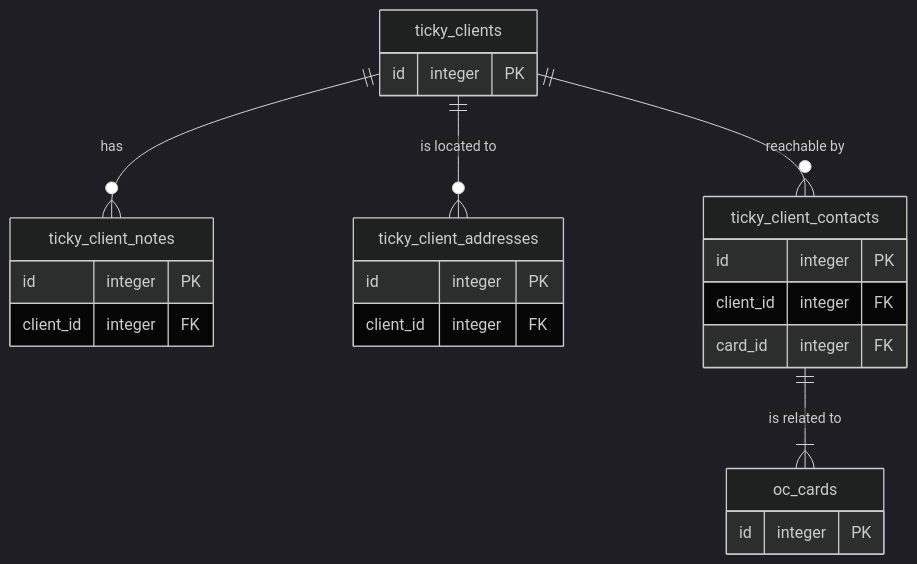
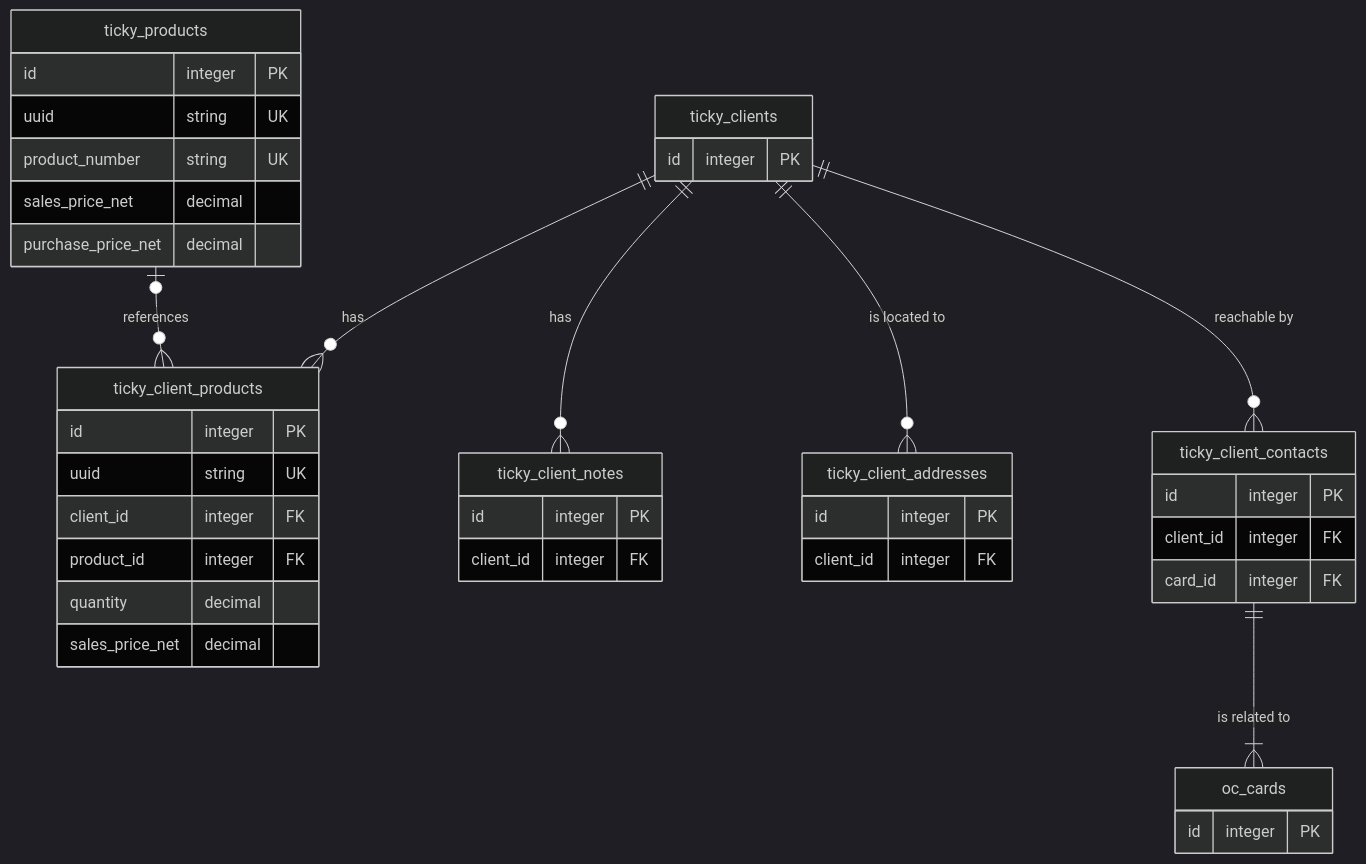
The diagram in docs/DATABASE.md (IdentSpace/ticky_crm), drawn with Mermaid (dark theme) before and after one commit. The commit also changed other lines of this file and 58 other files, not shown here.

````diff
--- a/docs/DATABASE.md
+++ b/docs/DATABASE.md
@@ -4,26 +4,43 @@
 ```mermaid
 erDiagram
+    ticky_clients ||--o{ ticky_client_products : has
+    ticky_products |o--o{ ticky_client_products : references
+    ticky_client_products {
+        id integer PK
+        uuid string UK
+        client_id integer FK
+        product_id integer FK
+        quantity decimal
+        sales_price_net decimal
+    }
+    ticky_products {
+        id integer PK
+        uuid string UK
+        product_number string UK
+        sales_price_net decimal
+        purchase_price_net decimal
+    }
     ticky_clients ||--o{ ticky_client_notes : has
     ticky_clients ||--o{ ticky_client_addresses : "is located to"
     ticky_clients ||--o{ ticky_client_contacts : "reachable by"
     ticky_client_contacts ||--|{ oc_cards : "is related to"
     ticky_clients {
         id integer PK
     }
     ticky_client_notes {
         id integer PK
         client_id integer FK
     }
     ticky_client_addresses {
         id integer PK
         client_id integer FK
     }
     ticky_client_contacts {
         id integer PK
         client_id integer FK
         card_id integer FK
     }
     oc_cards {
         id integer PK
     }
 ```
````
